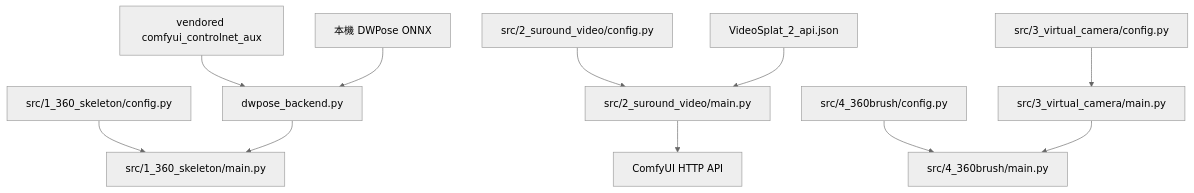
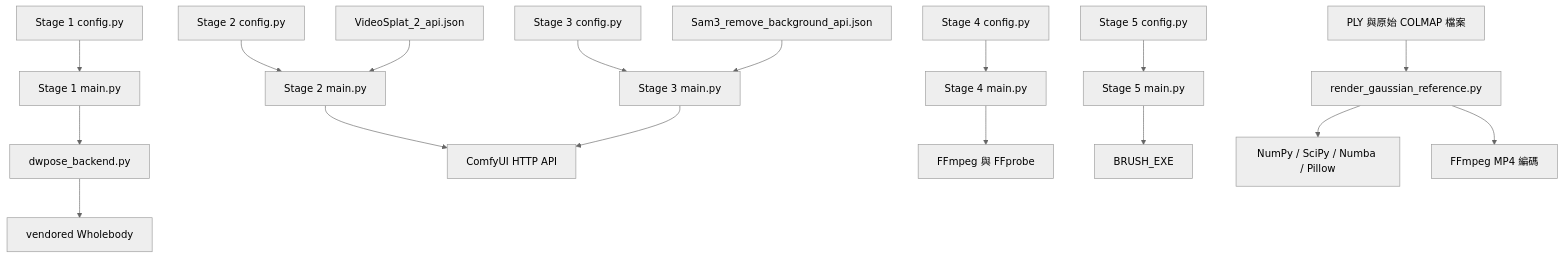
Before and after one commit to gkwang4912/VideoSplat: the third of 3 diagrams in README.md, drawn with Mermaid (neutral theme). The commit also changed other lines of this file and 23 other files, not shown here.

Commit message:
V2 update: split 'generate video' and'remove_background' to two diffreant workflow fix the error when brush doing 3DGS, it can now generate the right .ply file now

````diff
--- a/README.md
+++ b/README.md
@@ -60,13 +209,19 @@
 ```mermaid
 flowchart TB
-    C1[src/1_360_skeleton/config.py] --> M1[src/1_360_skeleton/main.py]
-    VENDOR[vendored comfyui_controlnet_aux] --> DWB[dwpose_backend.py]
-    MODELS[本機 DWPose ONNX] --> DWB
-    DWB --> M1
-    C2[src/2_suround_video/config.py] --> M2[src/2_suround_video/main.py]
-    WF[VideoSplat_2_api.json] --> M2
-    M2 --> API[ComfyUI HTTP API]
-    C3[src/3_virtual_camera/config.py] --> M3[src/3_virtual_camera/main.py]
-    C4[src/4_360brush/config.py] --> M4[src/4_360brush/main.py]
-    M3 --> M4
+    C1["Stage 1 config.py"] --> M1["Stage 1 main.py"]
+    M1 --> DW["dwpose_backend.py"]
+    DW --> WB["vendored Wholebody"]
+    C2["Stage 2 config.py"] --> M2["Stage 2 main.py"]
+    W2["VideoSplat_2_api.json"] --> M2
+    C3["Stage 3 config.py"] --> M3["Stage 3 main.py"]
+    W3["Sam3_remove_background_api.json"] --> M3
+    M2 --> API["ComfyUI HTTP API"]
+    M3 --> API
+    C4["Stage 4 config.py"] --> M4["Stage 4 main.py"]
+    M4 --> Media["FFmpeg 與 FFprobe"]
+    C5["Stage 5 config.py"] --> M5["Stage 5 main.py"]
+    M5 --> EXE["BRUSH_EXE"]
+    P["PLY 與原始 COLMAP 檔案"] --> R["render_gaussian_reference.py"]
+    R --> CPU["NumPy / SciPy / Numba / Pillow"]
+    R --> Encode["FFmpeg MP4 編碼"]
 ```
````
